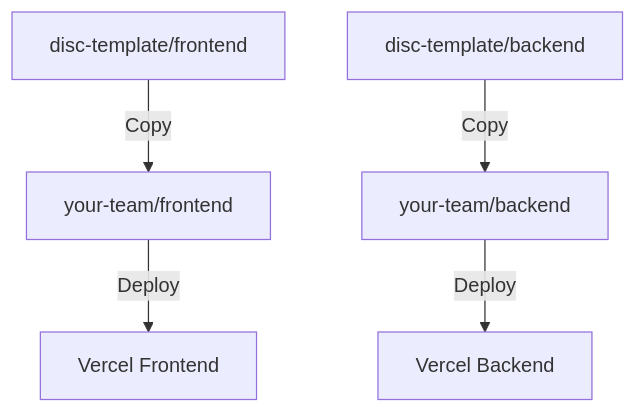
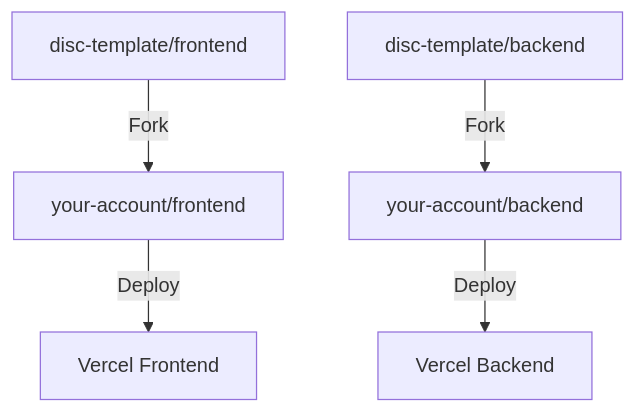
One commit to sokanacollectiveCRM/documentation changed the first of 2 diagrams in docs/discover-program-template-project/overview.md. Above: the diagram before and after it, drawn with Mermaid. The commit also changed other lines of this file and 4 other files, not shown here.

````diff
--- a/docs/discover-program-template-project/overview.md
+++ b/docs/discover-program-template-project/overview.md
@@ -20,7 +28,7 @@
 ```mermaid
 graph TB
-    A[disc-template/frontend] -->|Copy| B[your-team/frontend]
-    C[disc-template/backend] -->|Copy| D[your-team/backend]
+    A[disc-template/frontend] -->|Fork| B[your-account/frontend]
+    C[disc-template/backend] -->|Fork| D[your-account/backend]
     B -->|Deploy| E[Vercel Frontend]
     D -->|Deploy| F[Vercel Backend]
 ```
````
